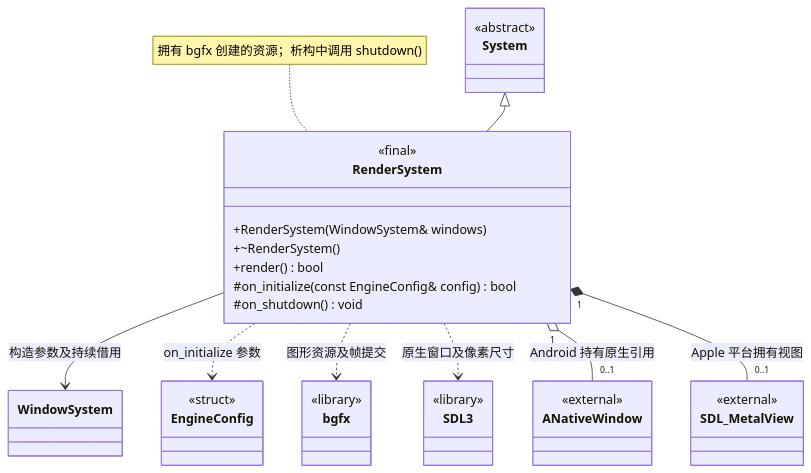
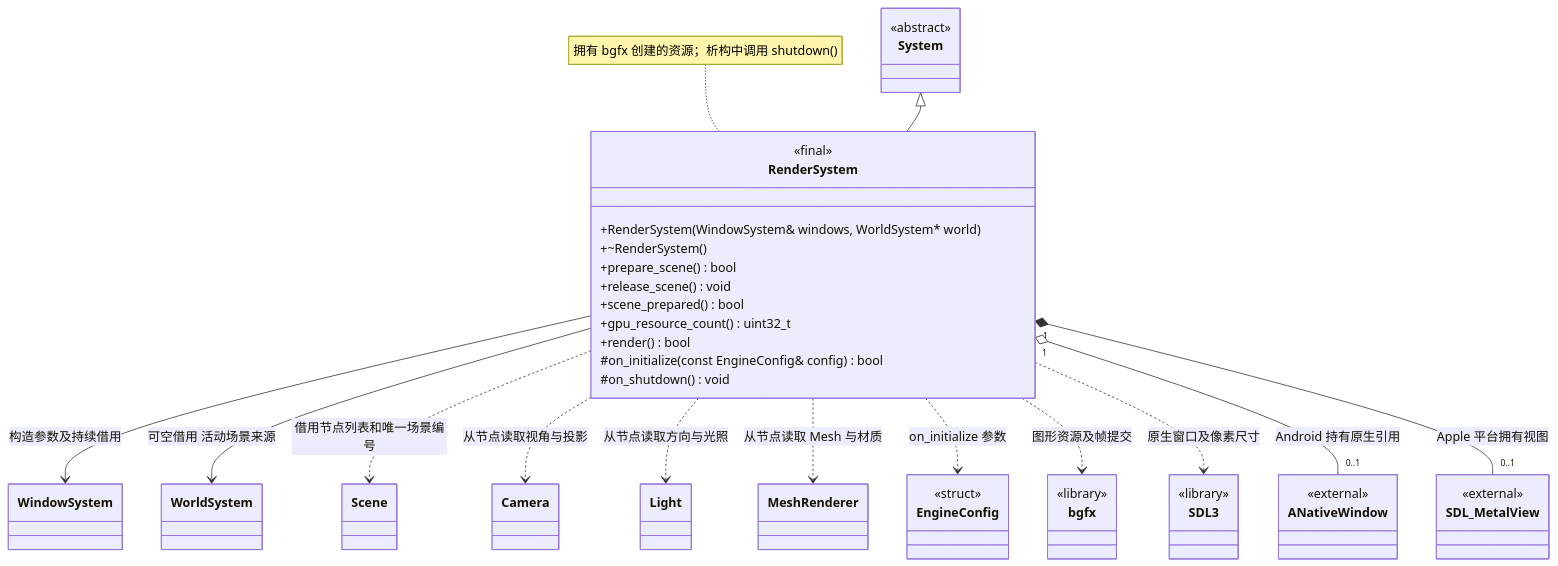
The diagram in docs/runtime/class-diagrams/render-system.md (lcals/Engine), drawn with Mermaid before and after one commit. The commit also changed other lines of this file and 52 other files, not shown here.

````diff
--- a/docs/runtime/class-diagrams/render-system.md
+++ b/docs/runtime/class-diagrams/render-system.md
@@ -7,39 +7,53 @@
 ```mermaid
 classDiagram
     direction TB
     class RenderSystem {
         <<final>>
-        +RenderSystem(WindowSystem& windows)
+        +RenderSystem(WindowSystem& windows, WorldSystem* world)
         +~RenderSystem()
+        +prepare_scene() bool
+        +release_scene() void
+        +scene_prepared() bool
+        +gpu_resource_count() uint32_t
         +render() bool
         #on_initialize(const EngineConfig& config) bool
         #on_shutdown() void
     }
     class System {
         <<abstract>>
     }
     class WindowSystem
+    class WorldSystem
+    class Scene
+    class Camera
+    class Light
+    class MeshRenderer
     class EngineConfig {
         <<struct>>
     }
     class bgfx {
         <<library>>
     }
     class SDL3 {
         <<library>>
     }
     class ANativeWindow {
         <<external>>
     }
     class SDL_MetalView {
         <<external>>
     }
     System <|-- RenderSystem
     RenderSystem --> WindowSystem : 构造参数及持续借用
+    RenderSystem --> WorldSystem : 可空借用 活动场景来源
+    RenderSystem ..> Scene : 借用节点列表和唯一场景编号
+    RenderSystem ..> Camera : 从节点读取视角与投影
+    RenderSystem ..> Light : 从节点读取方向与光照
+    RenderSystem ..> MeshRenderer : 从节点读取 Mesh 与材质
     RenderSystem ..> EngineConfig : on_initialize 参数
     RenderSystem ..> bgfx : 图形资源及帧提交
     RenderSystem ..> SDL3 : 原生窗口及像素尺寸
     RenderSystem "1" o-- "0..1" ANativeWindow : Android 持有原生引用
     RenderSystem "1" *-- "0..1" SDL_MetalView : Apple 平台拥有视图
     note for RenderSystem "拥有 bgfx 创建的资源；析构中调用 shutdown()"
 ```
````
